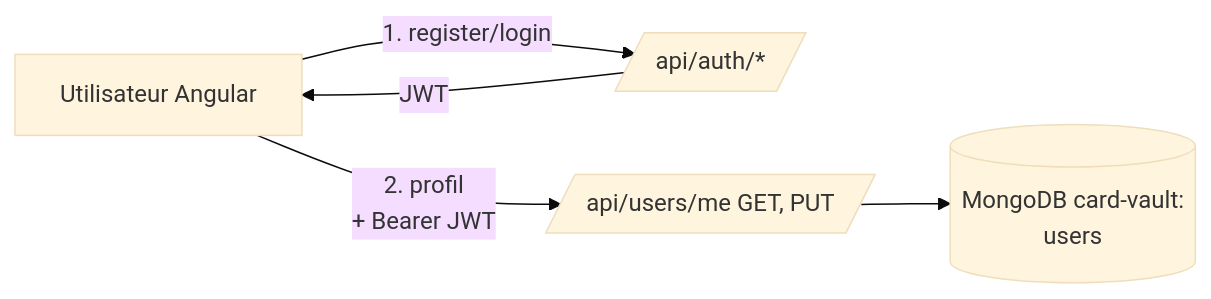
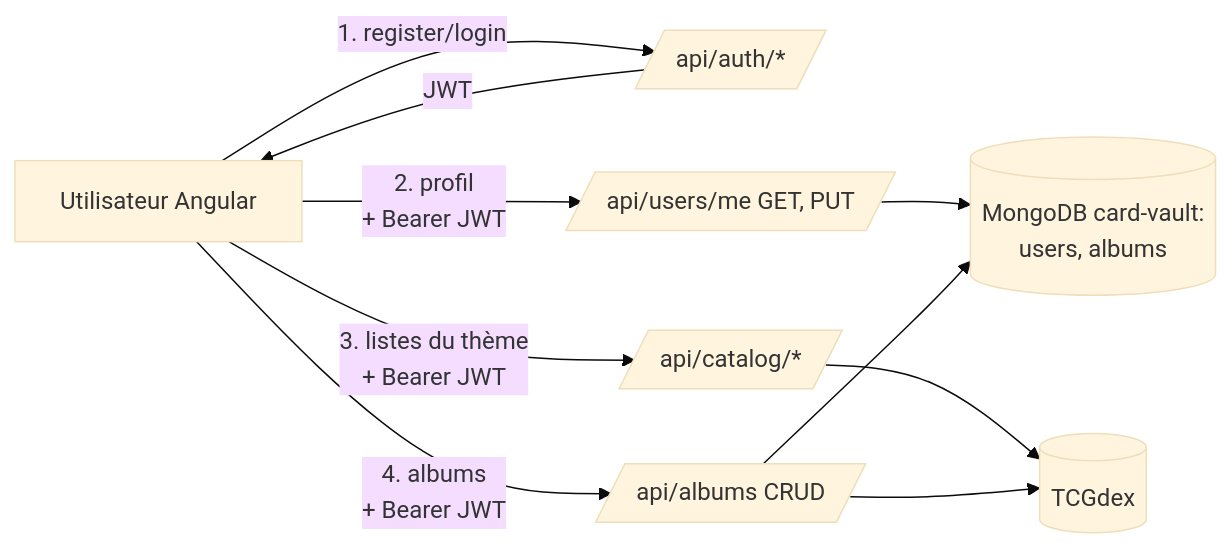
One commit to nini667-E/AngularM1_Miage_2026_2027_TP123 changed the ninth of 9 diagrams in backend/analyse.md. Above: the diagram before and after it, drawn with Mermaid (base theme). The commit also changed other lines of this file and 57 other files, not shown here.

````diff
--- a/backend/analyse.md
+++ b/backend/analyse.md
@@ -273,7 +385,12 @@
 ```mermaid
 flowchart LR
     A[Utilisateur Angular] -->|1. register/login| B[/api/auth/*/]
     B -->|JWT| A
     A -->|2. profil\n+ Bearer JWT| C[/api/users/me GET, PUT/]
-    C --> E[(MongoDB card-vault:\nusers)]
+    A -->|3. listes du thème\n+ Bearer JWT| D[/api/catalog/*/]
+    D --> T[(TCGdex)]
+    A -->|4. albums\n+ Bearer JWT| F[/api/albums CRUD/]
+    F --> T
+    C --> E[(MongoDB card-vault:\nusers, albums)]
+    F --> E
 ```
````
